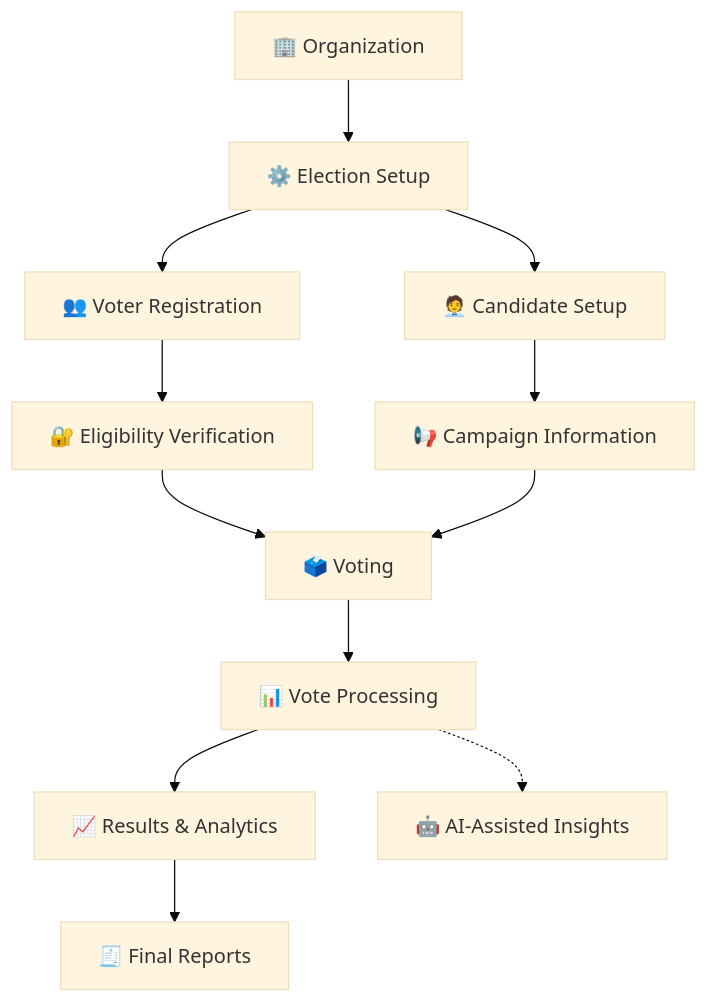
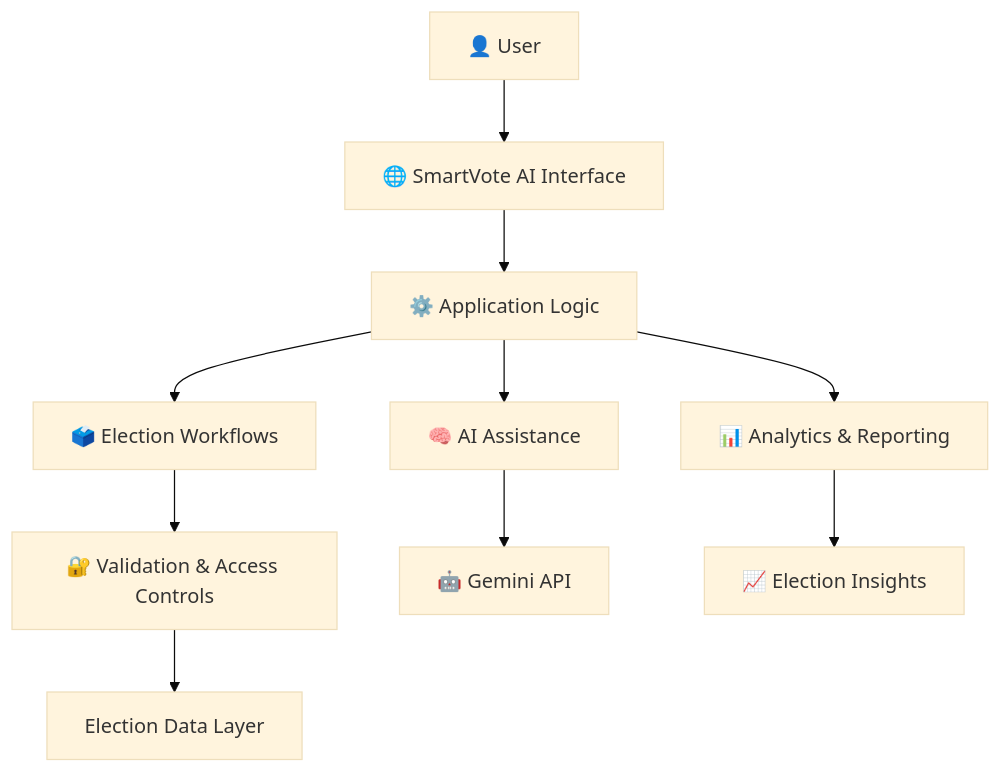
One commit to johncharlessarwi-dot/smartvote-platform changed the diagram in README.md. Above: the diagram before and after it, drawn with Mermaid (base theme). The commit also changed other lines of this file, not shown here.

````diff
--- a/README.md
+++ b/README.md
@@ -63,14 +124,12 @@
 ```mermaid
 flowchart TD
-    A["🏢 Organization"] --> B["⚙️ Election Setup"]
-    B --> C["👥 Voter Registration"]
-    B --> D["🧑‍💼 Candidate Setup"]
-    C --> E["🔐 Eligibility Verification"]
-    D --> F["📢 Campaign Information"]
-    E --> G["🗳️ Voting"]
-    F --> G
-    G --> H["📊 Vote Processing"]
-    H --> I["📈 Results & Analytics"]
-    I --> J["🧾 Final Reports"]
-    H -.-> K["🤖 AI-Assisted Insights"]
+    A["👤 User"] --> B["🌐 SmartVote AI Interface"]
+    B --> C["⚙️ Application Logic"]
+    C --> D["🗳️ Election Workflows"]
+    C --> E["🧠 AI Assistance"]
+    C --> F["📊 Analytics & Reporting"]
+    D --> G["🔐 Validation & Access Controls"]
+    E --> H["🤖 Gemini API"]
+    F --> I["📈 Election Insights"]
+    G --> J["Election Data Layer"]
 ```
````
